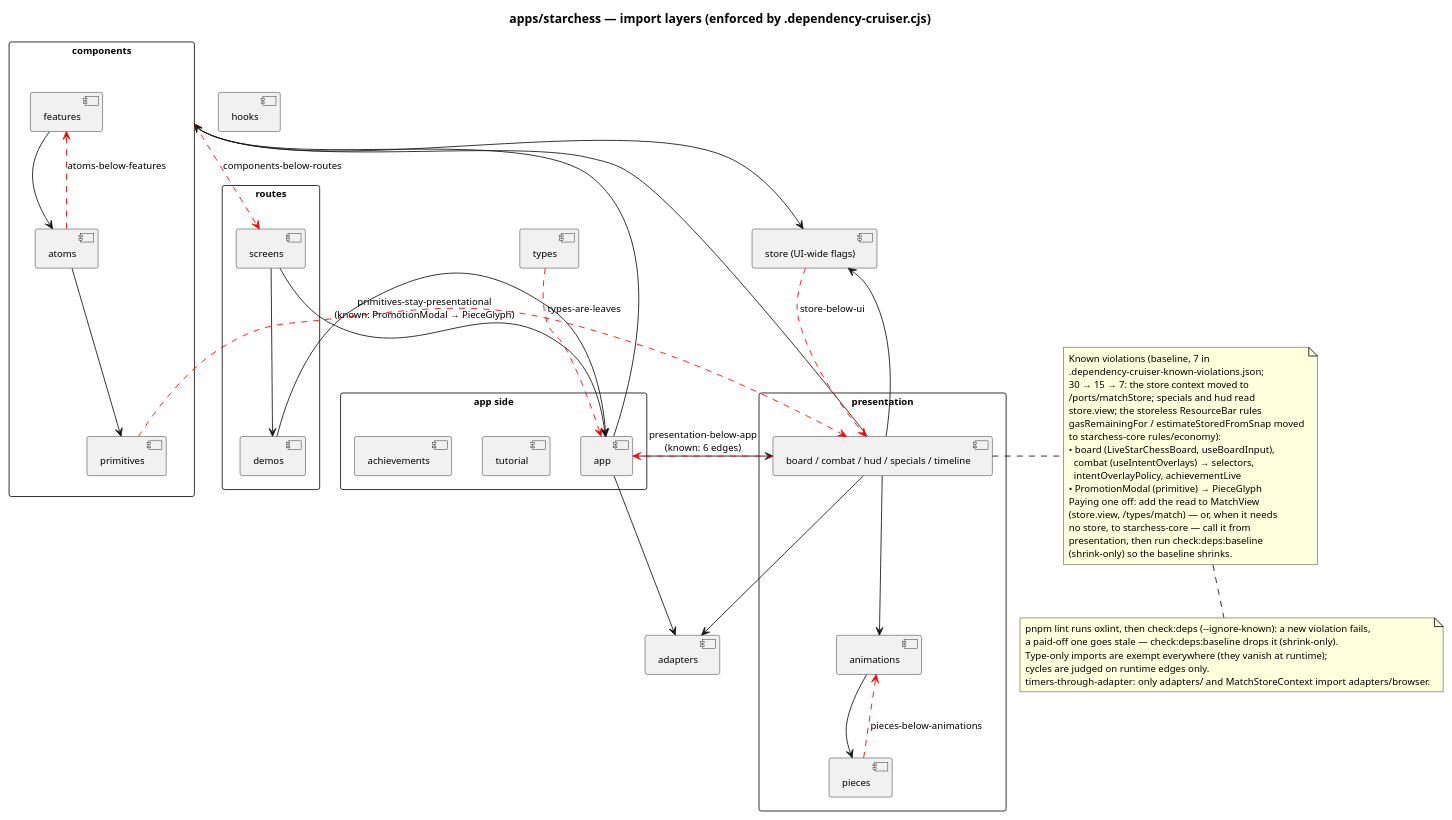
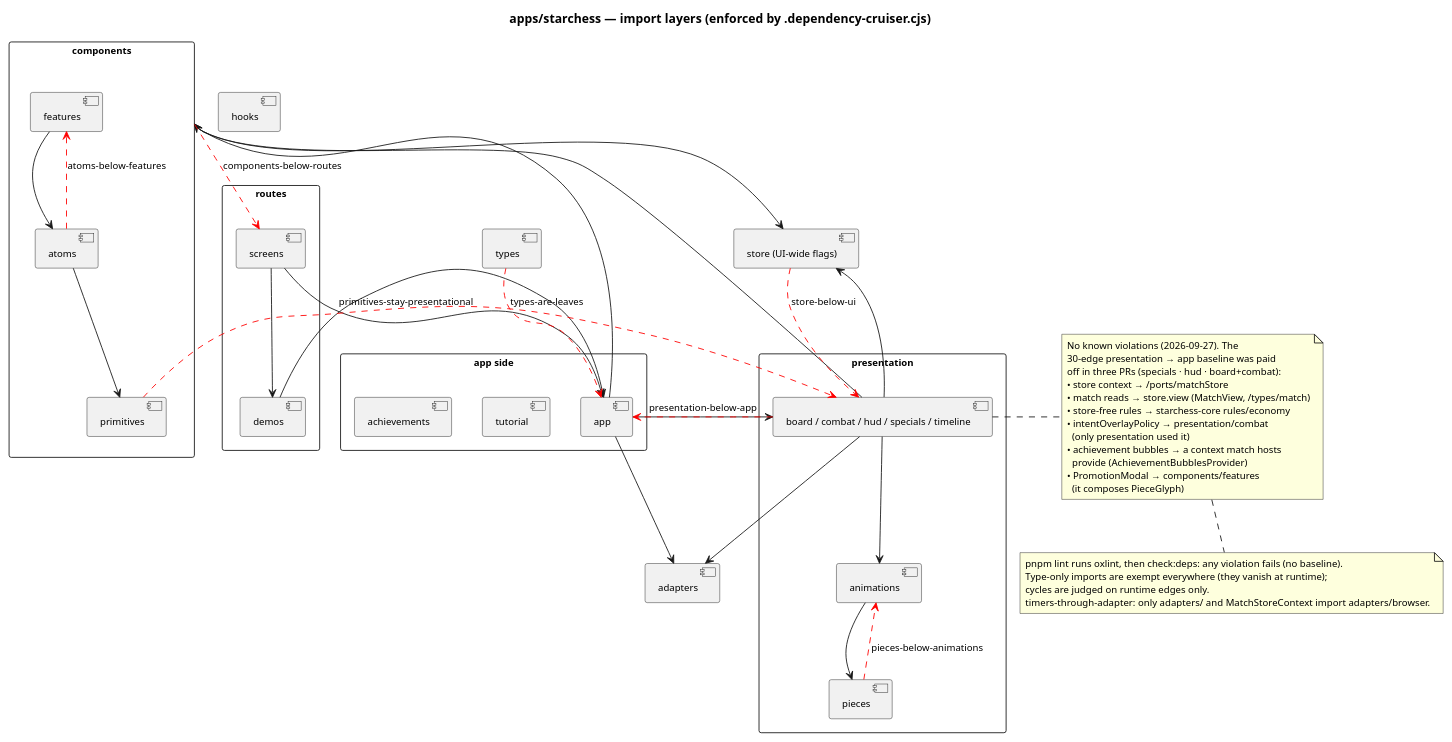
The diagram in _spec/apps/starchess/architecture/layers.puml (proveo-ca/chess-coach), drawn with PlantUML before and after one commit. The commit also changed 20 other files, not shown here.

First line of the commit message:
Finish the presentation port: board and combat, zero layer violations (#37)

```diff
--- a/_spec/apps/starchess/architecture/layers.puml
+++ b/_spec/apps/starchess/architecture/layers.puml
@@ -1,81 +1,76 @@
 @startuml layers
 title apps/starchess — import layers (enforced by .dependency-cruiser.cjs)
 
 skinparam shadowing false
 skinparam defaultFontSize 11
 skinparam packageStyle rectangle
 
 package "routes" {
   [screens] as screens
   [demos] as demos
 }
 package "app side" {
   [app] as app
   [tutorial] as tutorial
   [achievements] as ach
 }
 package "presentation" {
   [animations] as anim
   [pieces] as pieces
   [board / combat / hud / specials / timeline] as pres
 }
 package "components" {
   [features] as features
   [atoms] as atoms
   [primitives] as prims
 }
 [store (UI-wide flags)] as store
 [hooks] as hooks
 [adapters] as adapters
 [types] as types
 
 screens --> demos
 screens --> app
 demos --> app
 app --> pres
 app --> components
 pres --> anim
 anim --> pieces
 pres --> components
 features --> atoms
 atoms --> prims
 pres --> store
 components --> store
 app --> adapters
 pres --> adapters
 
 pieces -[#red,dashed]-> anim : pieces-below-animations
-prims -[#red,dashed]-> pres : primitives-stay-presentational\n(known: PromotionModal → PieceGlyph)
+prims -[#red,dashed]-> pres : primitives-stay-presentational
 atoms -[#red,dashed]-> features : atoms-below-features
 components -[#red,dashed]-> screens : components-below-routes
-pres -[#red,dashed]-> app : presentation-below-app\n(known: 6 edges)
+pres -[#red,dashed]-> app : presentation-below-app
 store -[#red,dashed]-> pres : store-below-ui
 types -[#red,dashed]-> app : types-are-leaves
 
 note right of pres
-  Known violations (baseline, 7 in
-  .dependency-cruiser-known-violations.json;
-  30 → 15 → 7: the store context moved to
-  ~/ports/matchStore; specials and hud read
-  store.view; the storeless ResourceBar rules
-  gasRemainingFor / estimateStoredFromSnap moved
-  to starchess-core rules/economy):
-  • board (LiveStarChessBoard, useBoardInput),
-    combat (useIntentOverlays) → selectors,
-    intentOverlayPolicy, achievementLive
-  • PromotionModal (primitive) → PieceGlyph
-  Paying one off: add the read to MatchView
-  (store.view, ~/types/match) — or, when it needs
-  no store, to starchess-core — call it from
-  presentation, then run check:deps:baseline
-  (shrink-only) so the baseline shrinks.
+  No known violations (2026-09-27). The
+  30-edge presentation → app baseline was paid
+  off in three PRs (specials · hud · board+combat):
+  • store context → ~/ports/matchStore
+  • match reads → store.view (MatchView, ~/types/match)
+  • store-free rules → starchess-core rules/economy
+  • intentOverlayPolicy → presentation/combat
+    (only presentation used it)
+  • achievement bubbles → a context match hosts
+    provide (AchievementBubblesProvider)
+  • PromotionModal → components/features
+    (it composes PieceGlyph)
 end note
 
 note bottom
-  pnpm lint runs oxlint, then check:deps (--ignore-known): a new violation fails,
-  a paid-off one goes stale — check:deps:baseline drops it (shrink-only).
+  pnpm lint runs oxlint, then check:deps: any violation fails (no baseline).
   Type-only imports are exempt everywhere (they vanish at runtime);
   cycles are judged on runtime edges only.
   timers-through-adapter: only adapters/ and MatchStoreContext import adapters/browser.
 end note
 @enduml
```
